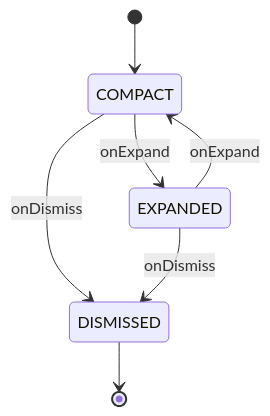
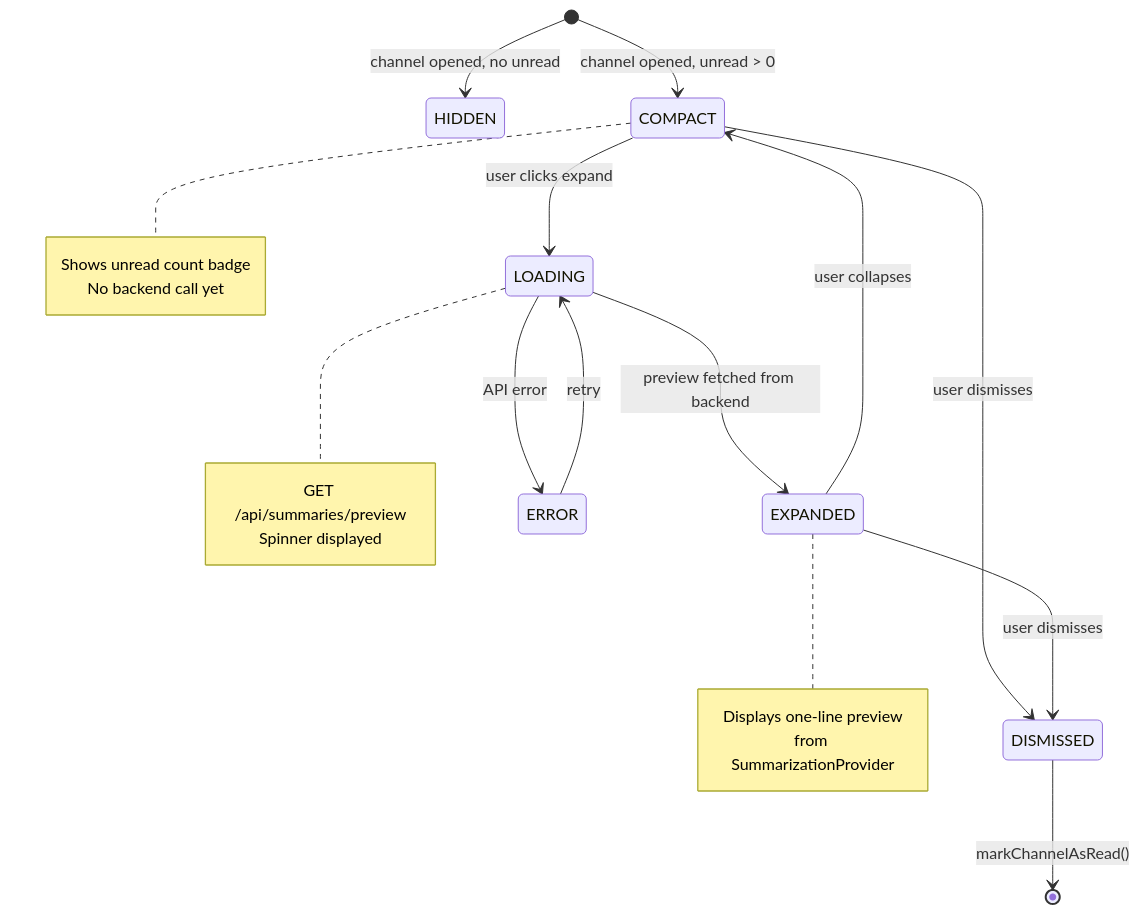
One commit to LibertyQuinzel/Web-Based-Discord-Clone changed the diagram in docs/diagrams/automatic_state_diagram.mmd. Above: the diagram before and after it, drawn with Mermaid. The commit also changed 67 other files, not shown here.

Commit message:
P4: Backend implementation with tests, docs, and diagrams

```diff
--- a/docs/diagrams/automatic_state_diagram.mmd
+++ b/docs/diagrams/automatic_state_diagram.mmd
@@ -1,7 +1,32 @@
 stateDiagram-v2
-    [*] --> COMPACT
-    COMPACT --> EXPANDED: onExpand
-    EXPANDED --> COMPACT: onExpand
-    COMPACT --> DISMISSED: onDismiss
-    EXPANDED --> DISMISSED: onDismiss
-    DISMISSED --> [*]
+    %% What You Missed Preview (US2) - State Diagram
+
+    [*] --> HIDDEN : channel opened, no unread
+
+    [*] --> COMPACT : channel opened, unread > 0
+
+    COMPACT --> LOADING : user clicks expand
+    LOADING --> EXPANDED : preview fetched from backend
+    LOADING --> ERROR : API error
+    ERROR --> LOADING : retry
+    EXPANDED --> COMPACT : user collapses
+
+    COMPACT --> DISMISSED : user dismisses
+    EXPANDED --> DISMISSED : user dismisses
+
+    DISMISSED --> [*] : markChannelAsRead()
+
+    note right of COMPACT
+        Shows unread count badge
+        No backend call yet
+    end note
+
+    note right of LOADING
+        GET /api/summaries/preview
+        Spinner displayed
+    end note
+
+    note right of EXPANDED
+        Displays one-line preview
+        from SummarizationProvider
+    end note
```
